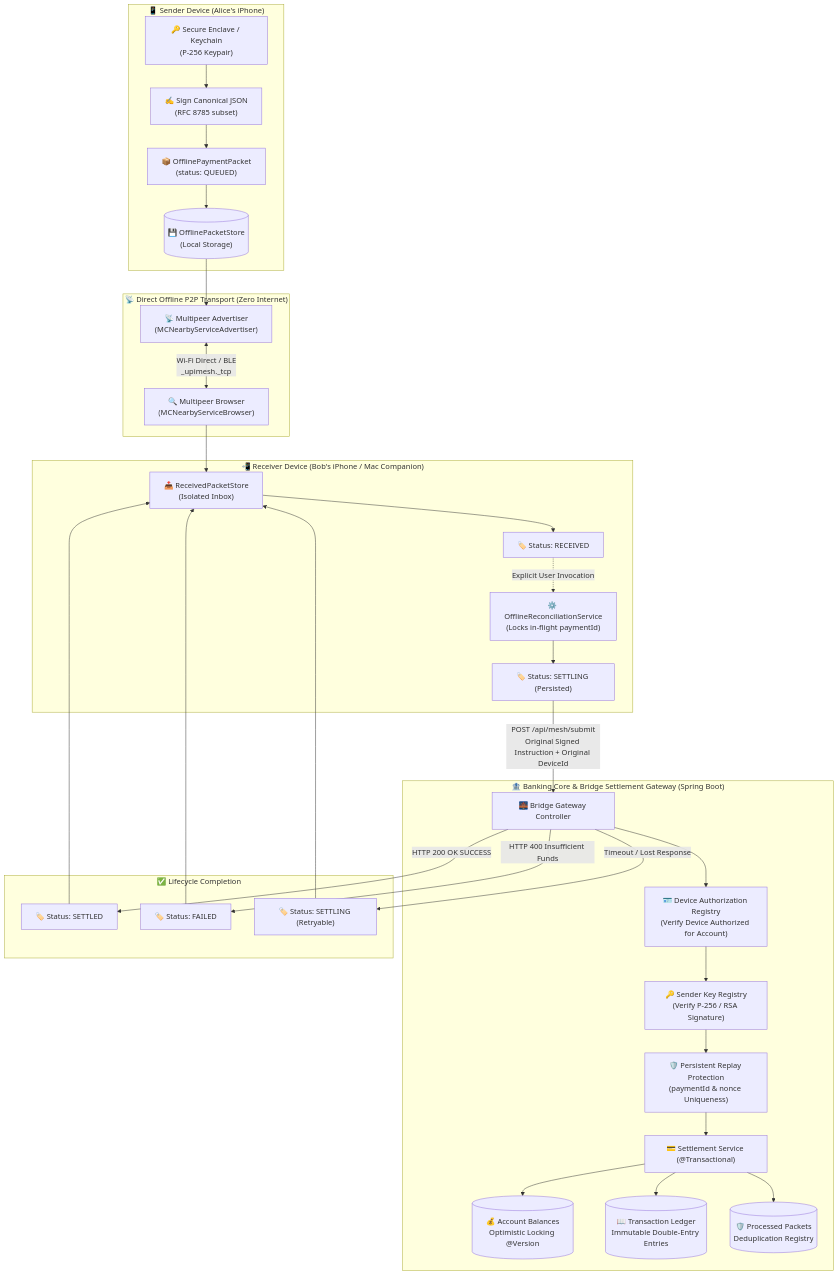
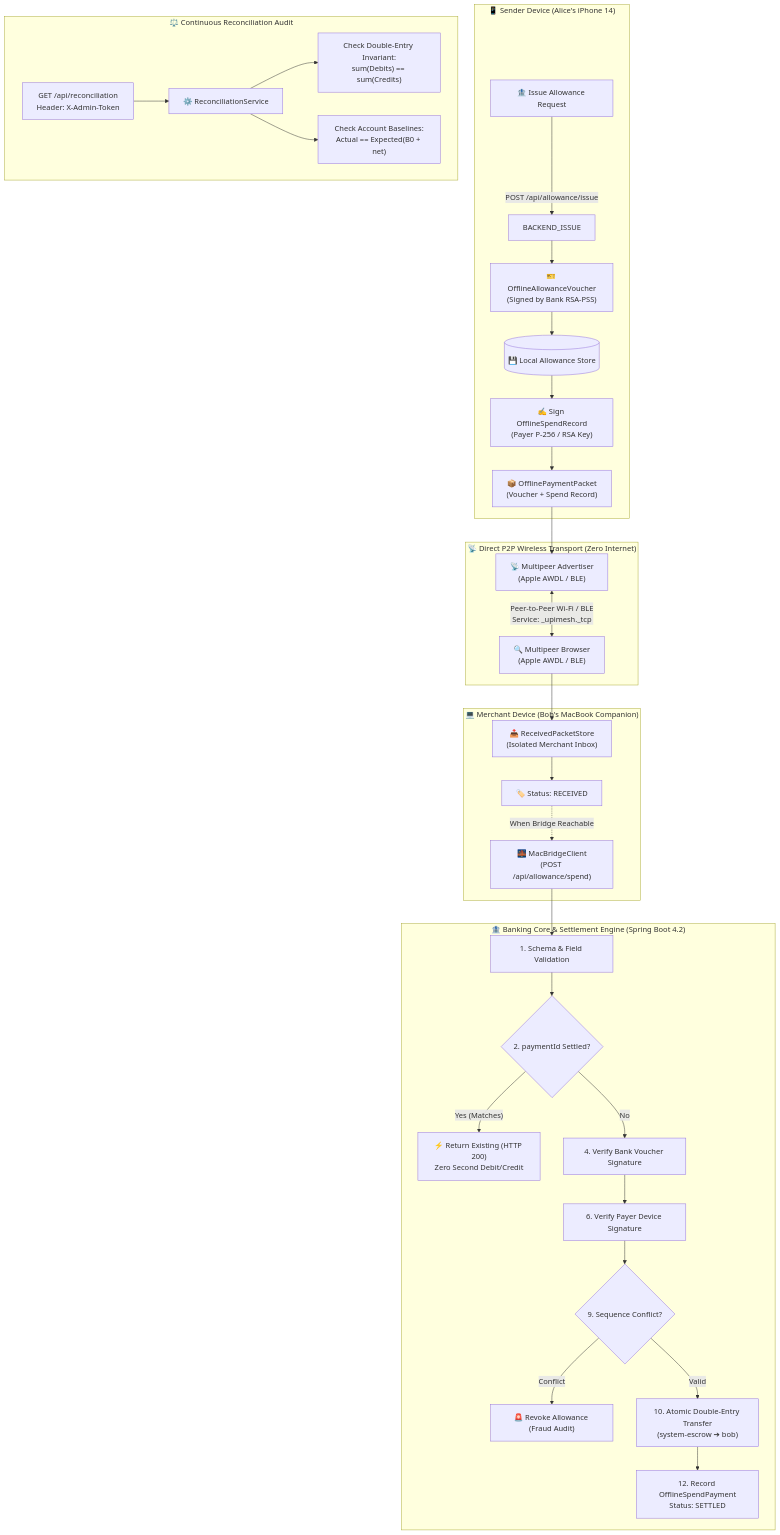
One commit to Jarjis-Alam/upimesh changed the first of 2 diagrams in README.md. Above: the diagram before and after it, drawn with Mermaid. The commit also changed other lines of this file, not shown here.

````diff
--- a/README.md
+++ b/README.md
@@ -101,41 +97,40 @@
 ```mermaid
 flowchart TD
-    subgraph Payer["📱 Sender Device (Alice's iPhone)"]
-        K["🔑 Secure Enclave / Keychain<br/>(P-256 Keypair)"] --> SIG["✍️ Sign Canonical JSON<br/>(RFC 8785 subset)"]
-        SIG --> PKT["📦 OfflinePaymentPacket<br/>(status: QUEUED)"]
-        PKT --> STORE1[("💾 OfflinePacketStore<br/>(Local Storage)")]
+    subgraph Payer["📱 Sender Device (Alice's iPhone 14)"]
+        ALW_INIT["🏦 Issue Allowance Request"] -->|POST /api/allowance/issue| BACKEND_ISSUE
+        BACKEND_ISSUE --> VOUCHER["🎫 OfflineAllowanceVoucher<br/>(Signed by Bank RSA-PSS)"]
+        VOUCHER --> ALW_STORE[("💾 Local Allowance Store")]
+        
+        ALW_STORE --> SPEND_BUILD["✍️ Sign OfflineSpendRecord<br/>(Payer P-256 / RSA Key)"]
+        SPEND_BUILD --> PKT_OUT["📦 OfflinePaymentPacket<br/>(Voucher + Spend Record)"]
     end
 
-    subgraph Wireless["📡 Direct Offline P2P Transport (Zero Internet)"]
-        STORE1 --> ADV["📡 Multipeer Advertiser<br/>(MCNearbyServiceAdvertiser)"]
-        ADV <-->|Wi-Fi Direct / BLE<br/>_upimesh._tcp| BROWSE["🔍 Multipeer Browser<br/>(MCNearbyServiceBrowser)"]
+    subgraph Wireless["📡 Direct P2P Wireless Transport (Zero Internet)"]
+        PKT_OUT --> ADV["📡 Multipeer Advertiser<br/>(Apple AWDL / BLE)"]
+        ADV <-->|Peer-to-Peer Wi-Fi / BLE<br/>Service: _upimesh._tcp| BROWSE["🔍 Multipeer Browser<br/>(Apple AWDL / BLE)"]
     end
 
-    subgraph Receiver["📲 Receiver Device (Bob's iPhone / Mac Companion)"]
-        BROWSE --> RECV_INBOX["📥 ReceivedPacketStore<br/>(Isolated Inbox)"]
+    subgraph Receiver["💻 Merchant Device (Bob's MacBook Companion)"]
+        BROWSE --> RECV_INBOX["📥 ReceivedPacketStore<br/>(Isolated Merchant Inbox)"]
         RECV_INBOX --> R_STATE["🏷️ Status: RECEIVED"]
-        R_STATE -.->|Explicit User Invocation| RECON["⚙️ OfflineReconciliationService<br/>(Locks in-flight paymentId)"]
-        RECON --> SETTLING["🏷️ Status: SETTLING (Persisted)"]
+        R_STATE -.->|When Bridge Reachable| SUBMIT_BRIDGE["🌉 MacBridgeClient<br/>(POST /api/allowance/spend)"]
     end
 
-    subgraph Backend["🏦 Banking Core & Bridge Settlement Gateway (Spring Boot)"]
-        SETTLING -->|POST /api/mesh/submit<br/>Original Signed Instruction + Original DeviceId| BRIDGE["🌉 Bridge Gateway Controller"]
-        BRIDGE --> DEV_REG["🪪 Device Authorization Registry<br/>(Verify Device Authorized for Account)"]
-        DEV_REG --> KEY_REG["🔑 Sender Key Registry<br/>(Verify P-256 / RSA Signature)"]
-        KEY_REG --> REPLAY["🛡️ Persistent Replay Protection<br/>(paymentId & nonce Uniqueness)"]
-        REPLAY --> SETTLE["💳 Settlement Service (@Transactional)"]
-        
-        SETTLE --> ACCTS[("💰 Account Balances<br/>Optimistic Locking @Version")]
-        SETTLE --> TXS[("📖 Transaction Ledger<br/>Immutable Double-Entry Entries")]
-        SETTLE --> PROCESSED[("🛡️ Processed Packets<br/>Deduplication Registry")]
+    subgraph Backend["🏦 Banking Core & Settlement Engine (Spring Boot 4.2)"]
+        SUBMIT_BRIDGE --> STEP1["1. Schema & Field Validation"]
+        STEP1 --> STEP2{"2. paymentId Settled?"}
+        STEP2 -- "Yes (Matches)" --> IDEMP["⚡ Return Existing (HTTP 200)<br/>Zero Second Debit/Credit"]
+        STEP2 -- "No" --> STEP4["4. Verify Bank Voucher Signature"]
+        STEP4 --> STEP6["6. Verify Payer Device Signature"]
+        STEP6 --> STEP9{"9. Sequence Conflict?"}
+        STEP9 -- "Conflict" --> REVOKE["🚨 Revoke Allowance (Fraud Audit)"]
+        STEP9 -- "Valid" --> STEP10["10. Atomic Double-Entry Transfer<br/>(system-escrow ➔ bob)"]
+        STEP10 --> STEP12["12. Record OfflineSpendPayment<br/>Status: SETTLED"]
     end
 
-    subgraph SettlementResult["✅ Lifecycle Completion"]
-        BRIDGE -->|HTTP 200 OK SUCCESS| SETTLED["🏷️ Status: SETTLED"]
-        BRIDGE -->|HTTP 400 Insufficient Funds| FAILED["🏷️ Status: FAILED"]
-        BRIDGE -->|Timeout / Lost Response| RETRY["🏷️ Status: SETTLING (Retryable)"]
-        SETTLED --> RECV_INBOX
-        FAILED --> RECV_INBOX
-        RETRY --> RECV_INBOX
+    subgraph Audit["⚖️ Continuous Reconciliation Audit"]
+        AUDIT_REQ["GET /api/reconciliation<br/>Header: X-Admin-Token"] --> RECON_SVC["⚙️ ReconciliationService"]
+        RECON_SVC --> CHK_STRUCT["Check Double-Entry Invariant:<br/>sum(Debits) == sum(Credits)"]
+        RECON_SVC --> CHK_BAL["Check Account Baselines:<br/>Actual == Expected(B0 + net)"]
     end
 ```
````
